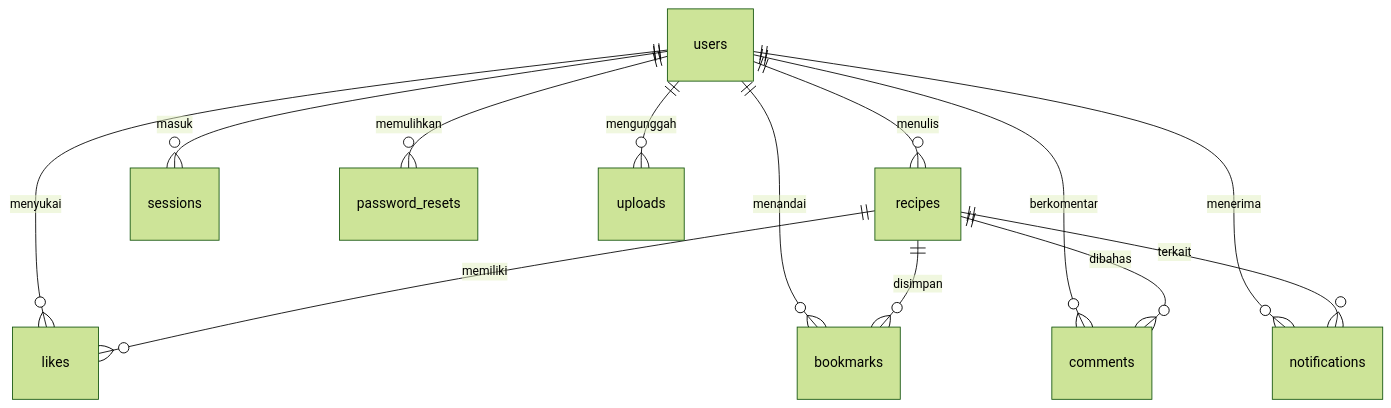
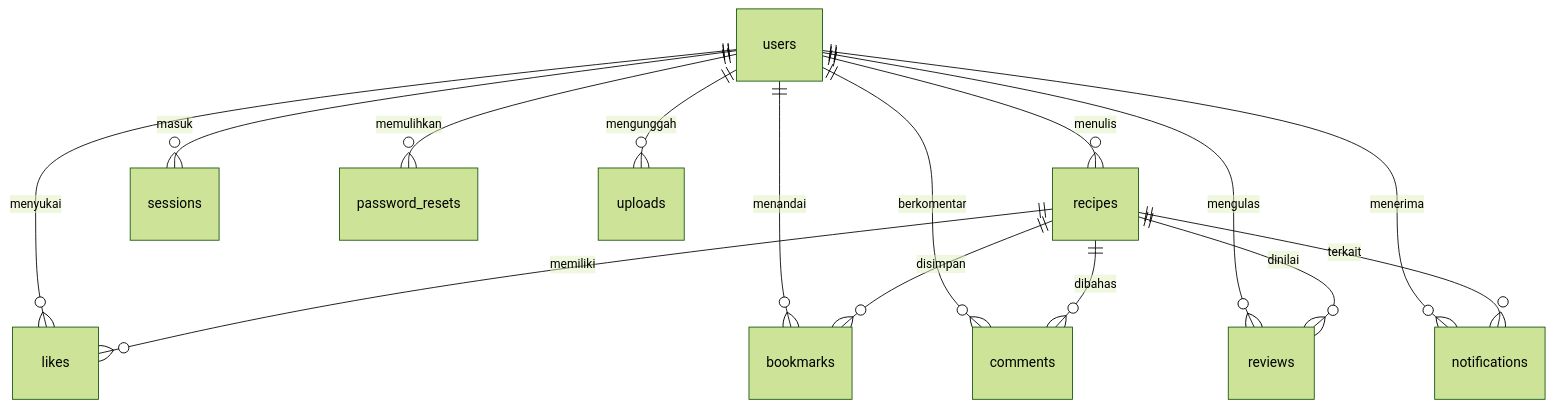
Before and after one commit to AtillaKuncoroDjati/Nusa-Rasa: the second of 2 diagrams in docs/architecture.md, drawn with Mermaid (forest theme). The commit also changed other lines of this file and 14 other files, not shown here.

````diff
--- a/docs/architecture.md
+++ b/docs/architecture.md
@@ -16,15 +16,17 @@
 ```mermaid
 erDiagram
   users ||--o{ recipes : menulis
   users ||--o{ sessions : masuk
   users ||--o{ password_resets : memulihkan
   users ||--o{ uploads : mengunggah
   users ||--o{ likes : menyukai
   users ||--o{ bookmarks : menandai
   users ||--o{ comments : berkomentar
+  users ||--o{ reviews : mengulas
   users ||--o{ notifications : menerima
   recipes ||--o{ likes : memiliki
   recipes ||--o{ bookmarks : disimpan
   recipes ||--o{ comments : dibahas
+  recipes ||--o{ reviews : dinilai
   recipes ||--o{ notifications : terkait
 ```
````
